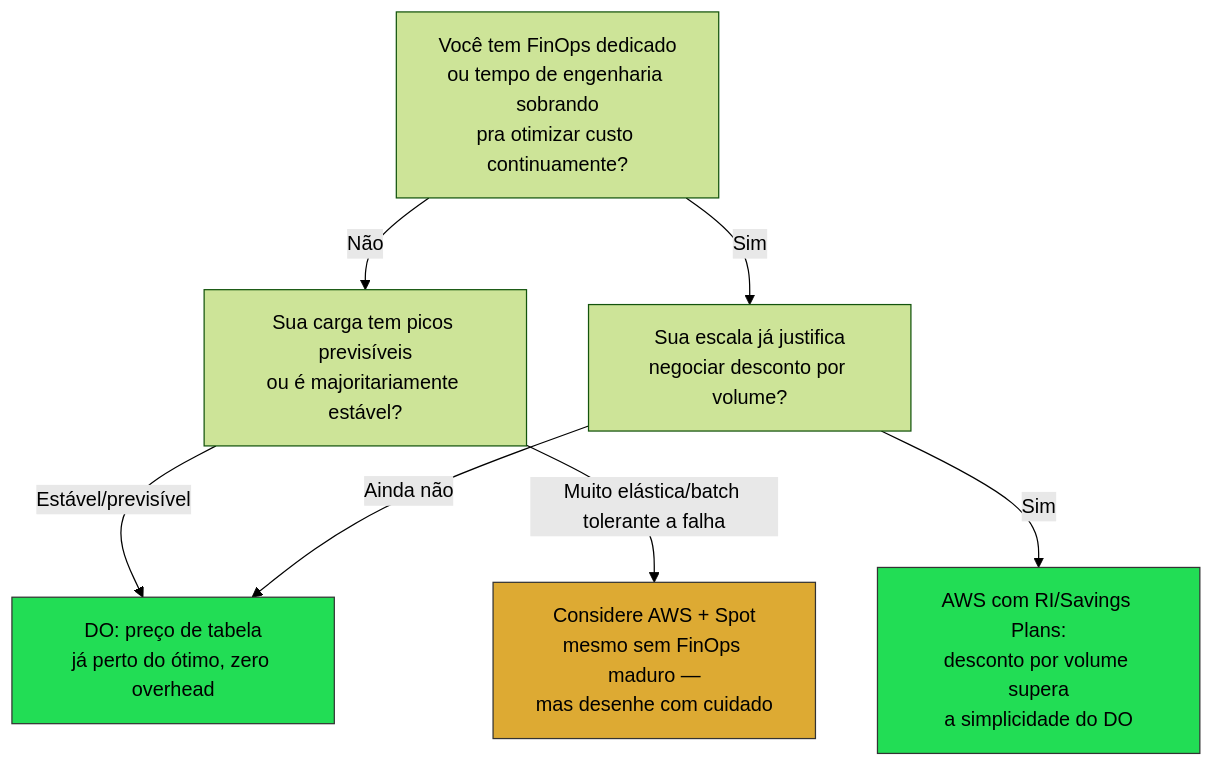
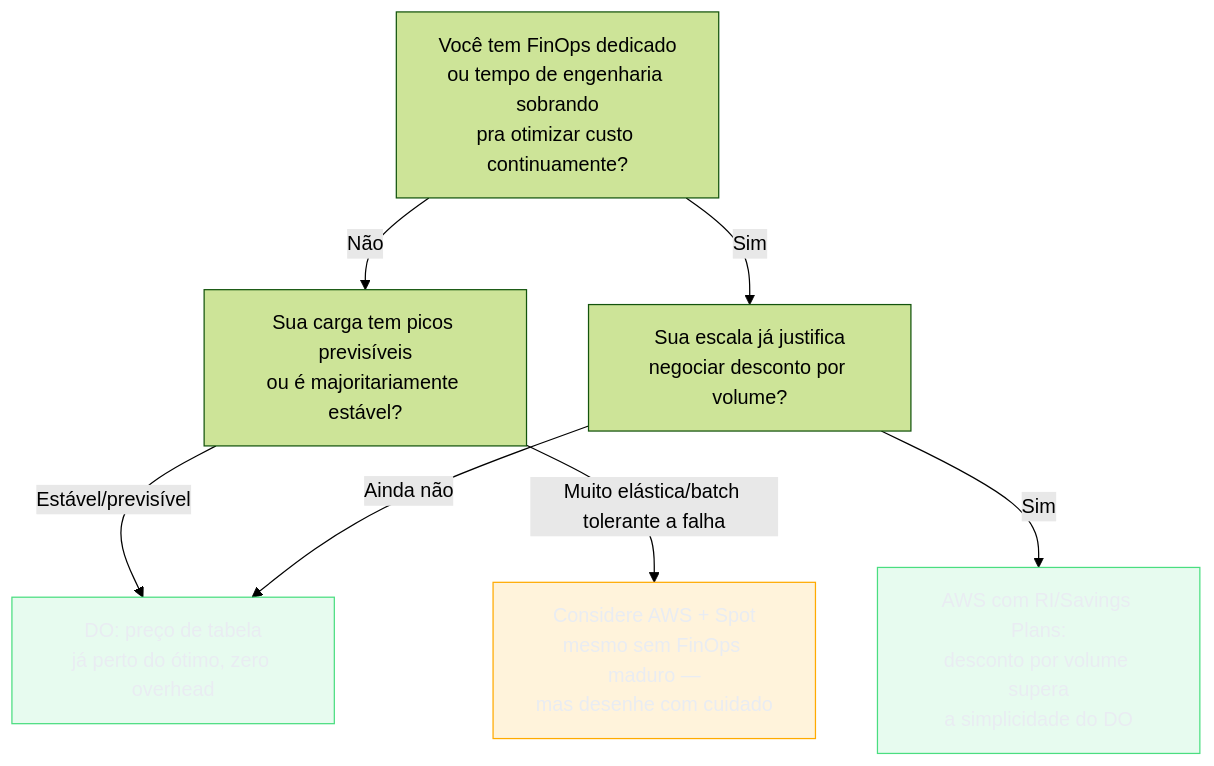
Before and after one commit to josenaldo/codex-technomanticus: the fourth of 4 diagrams in 03-Dominios/Tecnologia/Cloud/22 - DigitalOcean a fundo/03 - Pricing previsível como diferencial.md, drawn with Mermaid (forest theme). The commit also changed other lines of this file and 1181 other files, not shown here.

First line of the commit message:
fix(diagramas): paleta do sistema no lugar de cor cravada no markdown

````diff
--- a/03-Dominios/Tecnologia/Cloud/22 - DigitalOcean a fundo/03 - Pricing previsível como diferencial.md
+++ b/03-Dominios/Tecnologia/Cloud/22 - DigitalOcean a fundo/03 - Pricing previsível como diferencial.md
@@ -187,13 +191,15 @@
 ```mermaid
 flowchart TD
+    classDef ok fill:#4ADE8021,stroke:#4ADE80,color:#E9ECF2
+    classDef destaque fill:#FFAA0024,stroke:#FFAA00,color:#E9ECF2
     A["Você tem FinOps dedicado<br/>ou tempo de engenharia sobrando<br/>pra otimizar custo continuamente?"] -->|Não| B["Sua carga tem picos previsíveis<br/>ou é majoritariamente estável?"]
     A -->|Sim| C["Sua escala já justifica<br/>negociar desconto por volume?"]
     B -->|Estável/previsível| D["DO: preço de tabela<br/>já perto do ótimo, zero overhead"]
     B -->|Muito elástica/batch tolerante a falha| E["Considere AWS + Spot<br/>mesmo sem FinOps maduro —<br/>mas desenhe com cuidado"]
     C -->|Sim| F["AWS com RI/Savings Plans:<br/>desconto por volume supera<br/>a simplicidade do DO"]
     C -->|Ainda não| D
 
-    style D fill:#2d5,stroke:#333
-    style F fill:#2d5,stroke:#333
-    style E fill:#da3,stroke:#333
+    class D ok
+    class F ok
+    class E destaque
 ```
````
